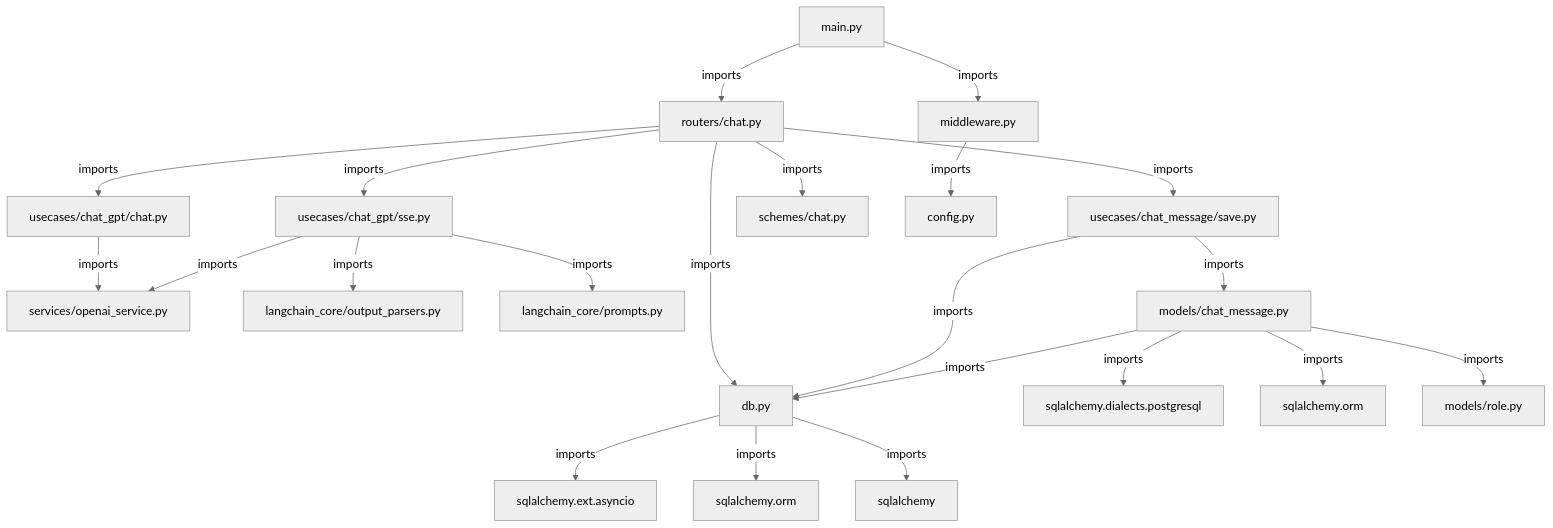
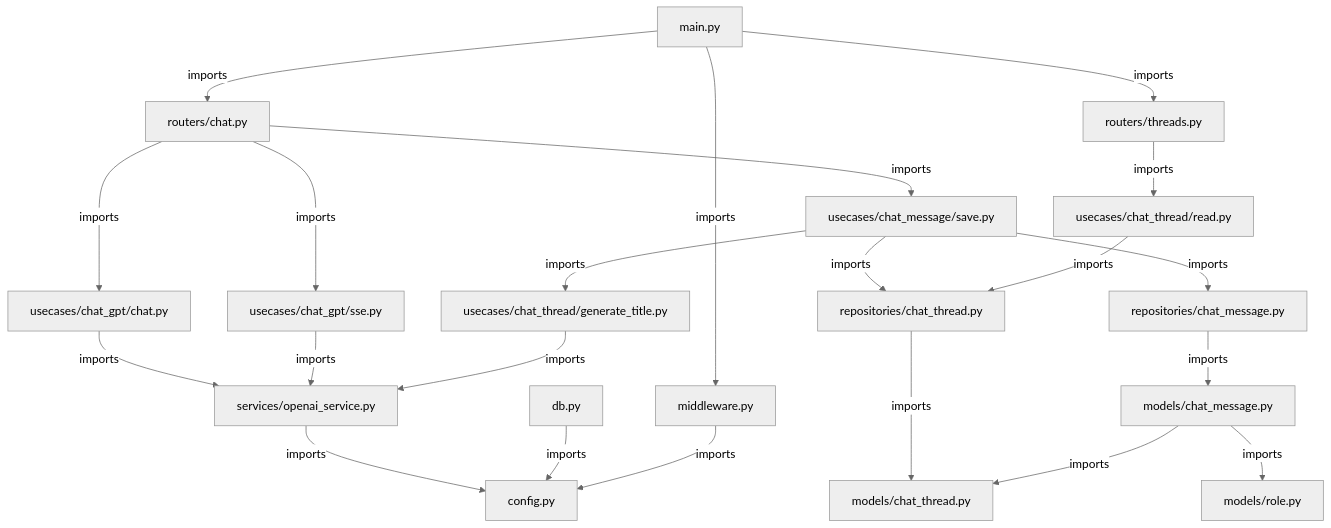
The diagram in documents/graph.md (nakajima97/llm-chat-app-server), drawn with Mermaid (neutral theme) before and after one commit. The commit also changed 4 other files, not shown here.

````diff
--- a/documents/graph.md
+++ b/documents/graph.md
@@ -1,24 +1,37 @@
 ```mermaid
-graph TD
-    A[main.py] -->|imports| B[routers/chat.py]
-    A -->|imports| C[middleware.py]
-    B -->|imports| D[usecases/chat_gpt/chat.py]
-    B -->|imports| E[usecases/chat_gpt/sse.py]
-    B -->|imports| F[usecases/chat_message/save.py]
-    B -->|imports| G[schemes/chat.py]
-    B -->|imports| H[db.py]
-    D -->|imports| I[services/openai_service.py]
-    E -->|imports| I[services/openai_service.py]
-    E -->|imports| J[langchain_core/output_parsers.py]
-    E -->|imports| K[langchain_core/prompts.py]
-    F -->|imports| L[models/chat_message.py]
-    F -->|imports| H[db.py]
-    C -->|imports| M[config.py]
-    H -->|imports| N[sqlalchemy.ext.asyncio]
-    H -->|imports| O[sqlalchemy.orm]
-    H -->|imports| P[sqlalchemy]
-    L -->|imports| Q[sqlalchemy.dialects.postgresql]
-    L -->|imports| R[sqlalchemy.orm]
-    L -->|imports| H[db.py]
-    L -->|imports| S[models/role.py]
+graph TB
+    %% Main entry points
+    main[main.py] -->|imports| routers/chat.py
+    main[main.py] -->|imports| routers/threads.py
+    main[main.py] -->|imports| middleware.py
+
+    %% Routers
+    routers/chat.py -->|imports| usecases/chat_gpt/chat.py
+    routers/chat.py -->|imports| usecases/chat_gpt/sse.py
+    routers/chat.py -->|imports| usecases/chat_message/save.py
+    routers/threads.py -->|imports| usecases/chat_thread/read.py
+
+    %% Usecases
+    usecases/chat_gpt/chat.py -->|imports| services/openai_service.py
+    usecases/chat_gpt/sse.py -->|imports| services/openai_service.py
+    usecases/chat_message/save.py -->|imports| repositories/chat_thread.py
+    usecases/chat_message/save.py -->|imports| repositories/chat_message.py
+    usecases/chat_message/save.py -->|imports| usecases/chat_thread/generate_title.py
+    usecases/chat_thread/read.py -->|imports| repositories/chat_thread.py
+    usecases/chat_thread/generate_title.py -->|imports| services/openai_service.py
+
+    %% Repositories
+    repositories/chat_thread.py -->|imports| models/chat_thread.py
+    repositories/chat_message.py -->|imports| models/chat_message.py
+
+    %% Services
+    services/openai_service.py -->|imports| config.py
+
+    %% Database and Config
+    db.py -->|imports| config.py
+    models/chat_message.py -->|imports| models/role.py
+    models/chat_message.py -->|imports| models/chat_thread.py
+
+    %% Middleware
+    middleware.py -->|imports| config.py
 ```
````
